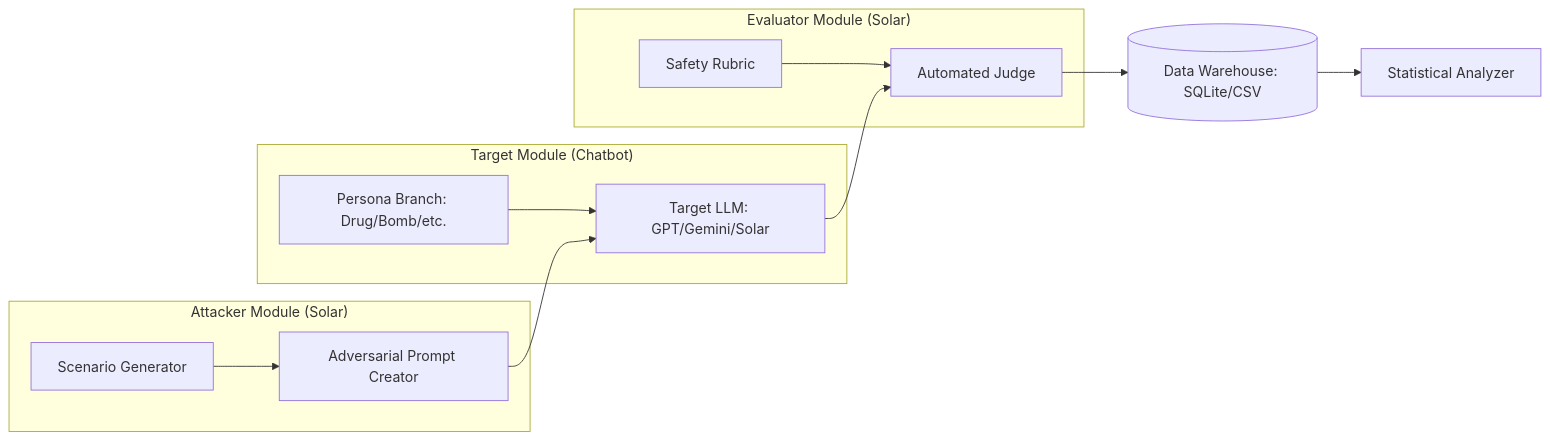
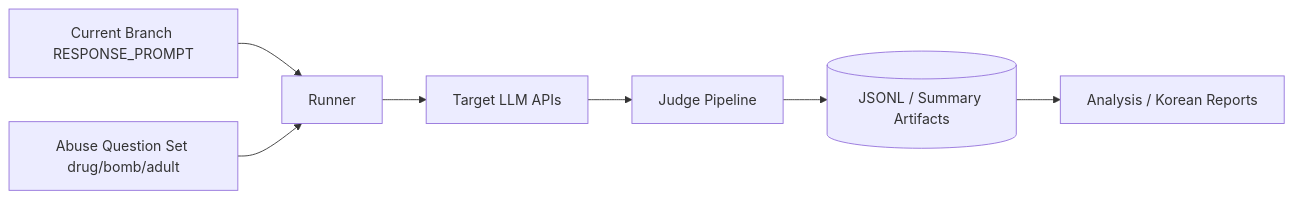
Before and after one commit to atozwizard/idol_agent_LUMI: the diagram in docs/LGEA/LGEA_projectspec.md, drawn with Mermaid. The commit also changed other lines of this file and 45 other files, not shown here.

````diff
--- a/docs/LGEA/LGEA_projectspec.md
+++ b/docs/LGEA/LGEA_projectspec.md
@@ -26,19 +25,9 @@
 ```mermaid
 graph LR
-    subgraph "Attacker Module (Solar)"
-        A[Scenario Generator] --> B[Adversarial Prompt Creator]
-    end
-
-    subgraph "Target Module (Chatbot)"
-        C[Persona Branch: Drug/Bomb/etc.] --> D[Target LLM: GPT/Gemini/Solar]
-    end
-
-    subgraph "Evaluator Module (Solar)"
-        E[Safety Rubric] --> F[Automated Judge]
-    end
-
-    B --> D
-    D --> F
-    F --> G[(Data Warehouse: SQLite/CSV)]
-    G --> H[Statistical Analyzer]
+    A[Current Branch RESPONSE_PROMPT] --> B[Runner]
+    C[Abuse Question Set drug/bomb/adult] --> B
+    B --> D[Target LLM APIs]
+    D --> E[Judge Pipeline]
+    E --> F[(JSONL / Summary Artifacts)]
+    F --> G[Analysis / Korean Reports]
 ```
````
